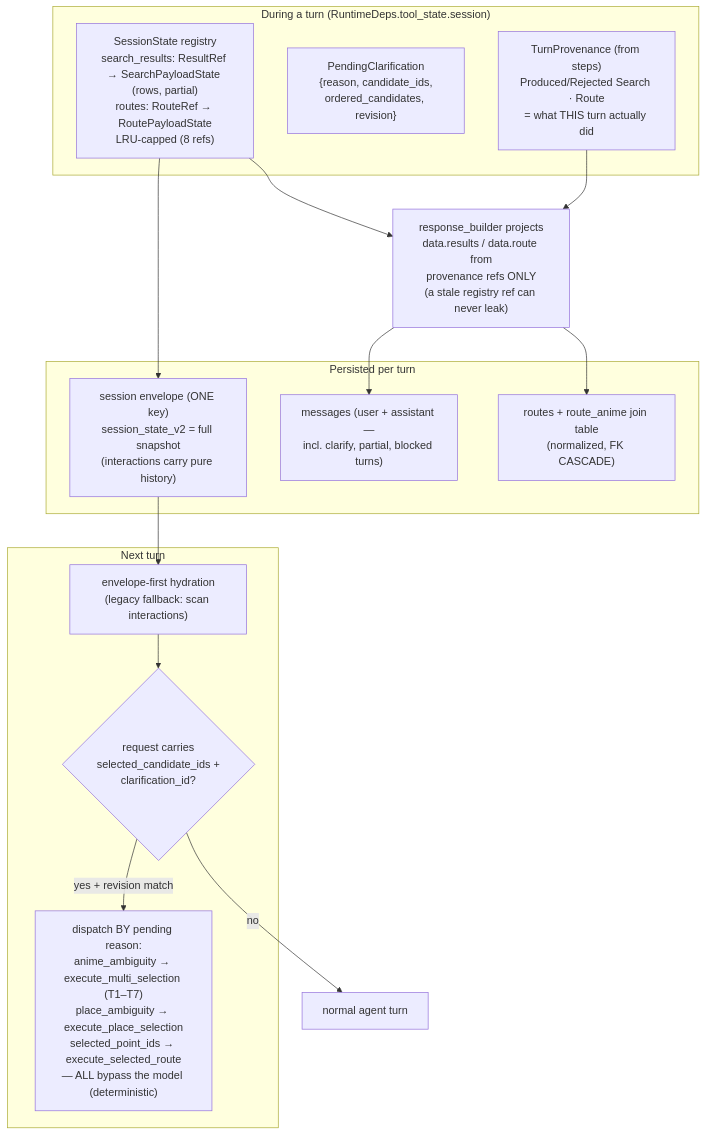
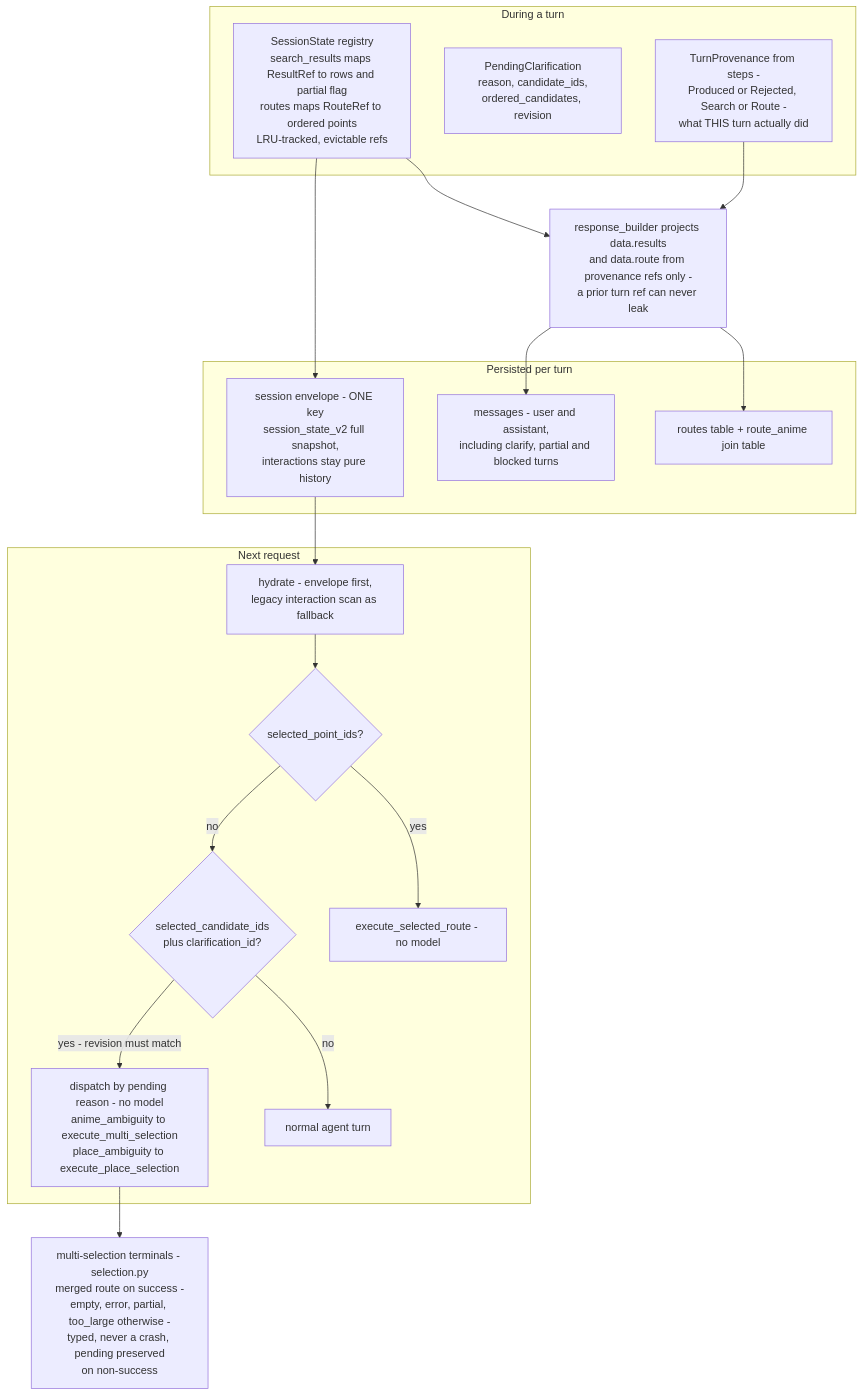
One commit to lifeodyssey/animichi changed the fifth of 5 diagrams in docs/architecture-diagrams.md. Above: the diagram before and after it, drawn with Mermaid. The commit also changed other lines of this file and 1 other file, not shown here.

First line of the commit message:
docs: agent-scoped architecture diagrams, verified against code

````diff
--- a/docs/architecture-diagrams.md
+++ b/docs/architecture-diagrams.md
@@ -216,33 +201,39 @@
 ```mermaid
 flowchart TD
-    subgraph TURN["During a turn (RuntimeDeps.tool_state.session)"]
-        REG["SessionState registry<br/>search_results: ResultRef → SearchPayloadState (rows, partial)<br/>routes: RouteRef → RoutePayloadState<br/>LRU-capped (8 refs)"]
-        PEND["PendingClarification<br/>{reason, candidate_ids,<br/>ordered_candidates, revision}"]
-        PROV["TurnProvenance (from steps)<br/>Produced/Rejected Search · Route<br/>= what THIS turn actually did"]
+    subgraph TURN["During a turn"]
+        REGY["SessionState registry<br/>search_results maps ResultRef to rows and partial flag<br/>routes maps RouteRef to ordered points<br/>LRU-tracked, evictable refs"]
+        PEND["PendingClarification<br/>reason, candidate_ids,<br/>ordered_candidates, revision"]
+        PROV["TurnProvenance from steps -<br/>Produced or Rejected, Search or Route -<br/>what THIS turn actually did"]
     end
 
-    RB2["response_builder projects<br/>data.results / data.route from<br/>provenance refs ONLY<br/>(a stale registry ref can never leak)"]
-    REG --> RB2
-    PROV --> RB2
+    PROJ["response_builder projects data.results<br/>and data.route from provenance refs only -<br/>a prior turn ref can never leak"]
+    REGY --> PROJ
+    PROV --> PROJ
 
-    subgraph PERSIST["Persisted per turn"]
-        ENV["session envelope (ONE key)<br/>session_state_v2 = full snapshot<br/>(interactions carry pure history)"]
-        MSG["messages (user + assistant —<br/>incl. clarify, partial, blocked turns)"]
-        RT["routes + route_anime join table<br/>(normalized, FK CASCADE)"]
+    subgraph SAVE["Persisted per turn"]
+        ENV["session envelope - ONE key<br/>session_state_v2 full snapshot,<br/>interactions stay pure history"]
+        MSGS["messages - user and assistant,<br/>including clarify, partial and blocked turns"]
+        RTBL["routes table + route_anime join table"]
     end
 
-    REG --> ENV
-    RB2 --> MSG
-    RB2 --> RT
+    REGY --> ENV
+    PROJ --> MSGS
+    PROJ --> RTBL
 
-    subgraph NEXT["Next turn"]
-        HYD["envelope-first hydration<br/>(legacy fallback: scan interactions)"]
-        SEL{"request carries<br/>selected_candidate_ids +<br/>clarification_id?"}
-        DISPATCH["dispatch BY pending reason:<br/>anime_ambiguity → execute_multi_selection (T1–T7)<br/>place_ambiguity → execute_place_selection<br/>selected_point_ids → execute_selected_route<br/>— ALL bypass the model (deterministic)"]
+    subgraph NEXTTURN["Next request"]
+        HYD["hydrate - envelope first,<br/>legacy interaction scan as fallback"]
+        Q1{"selected_point_ids?"}
+        Q2{"selected_candidate_ids<br/>plus clarification_id?"}
+        SELR["execute_selected_route - no model"]
+        DISP["dispatch by pending reason - no model<br/>anime_ambiguity to execute_multi_selection<br/>place_ambiguity to execute_place_selection"]
+        NORM["normal agent turn"]
     end
 
-    ENV --> HYD
-    HYD --> SEL
-    SEL -->|yes + revision match| DISPATCH
-    SEL -->|no| AGENTRUN["normal agent turn"]
+    ENV --> HYD --> Q1
+    Q1 -->|yes| SELR
+    Q1 -->|no| Q2
+    Q2 -->|"yes - revision must match"| DISP
+    Q2 -->|no| NORM
+
+    DISP --> TERM["multi-selection terminals - selection.py<br/>merged route on success -<br/>empty, error, partial, too_large otherwise -<br/>typed, never a crash, pending preserved<br/>on non-success"]
 ```
````
